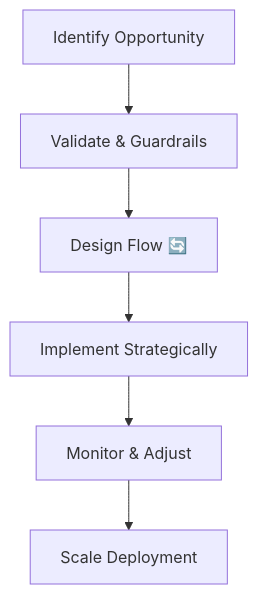
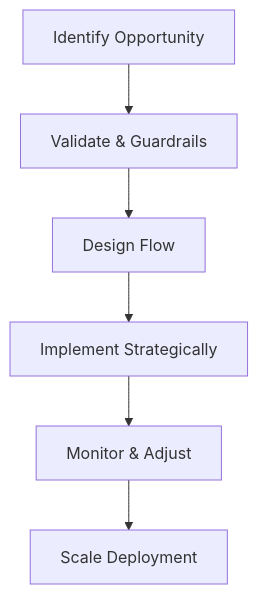
The second of 4 diagrams in core/README.md (ExistensialReset/manifesto), drawn with Mermaid before and after one commit.

````diff
--- a/core/README.md
+++ b/core/README.md
@@ -70,13 +70,13 @@
 ```mermaid 
 flowchart TD
     ES1["Identify Opportunity"] --> ES2["Validate & Guardrails"]
-    ES2 --> ES3["Design Flow 🔄"]
+    ES2 --> ES3["Design Flow"]
     ES3 --> ES4["Implement Strategically"]
     ES4 --> ES5["Monitor & Adjust"]
     ES5 --> ES6["Scale Deployment"]
 
     class ES1,ES2 blue
     class ES3 purple
     class ES4 green
     class ES5,ES6 orange
 ```
````
